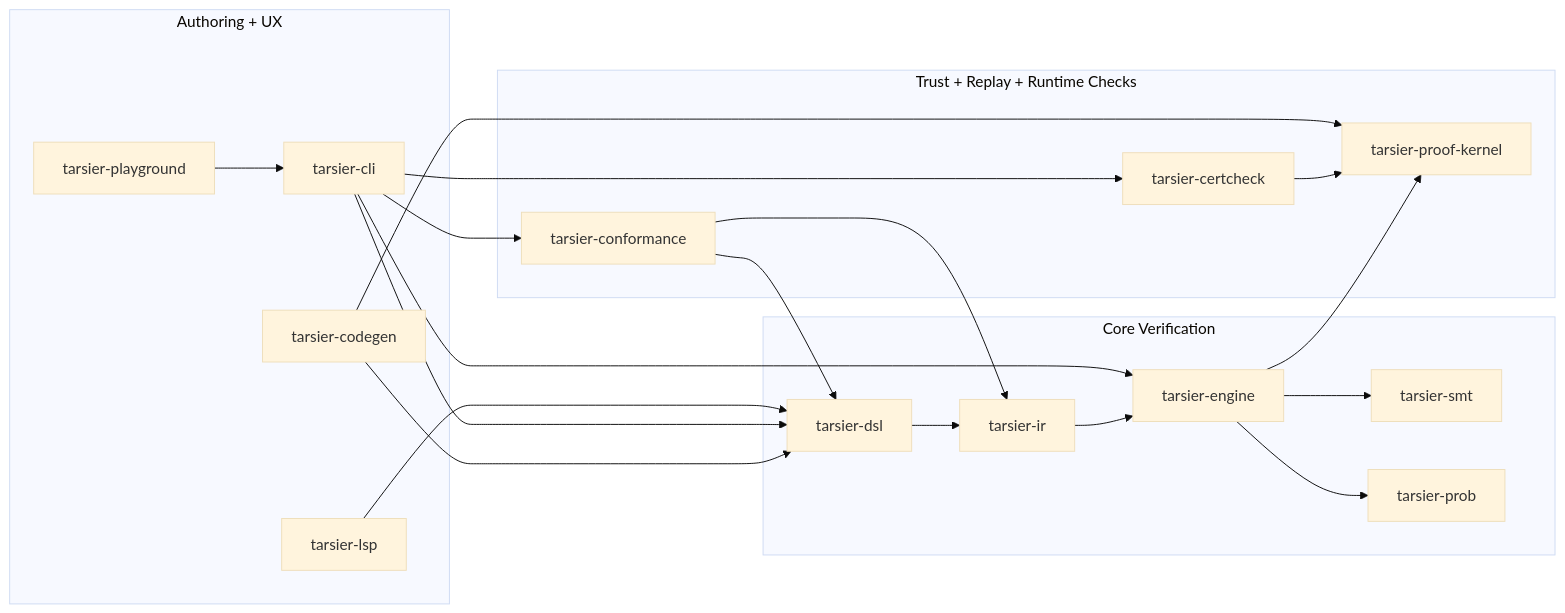
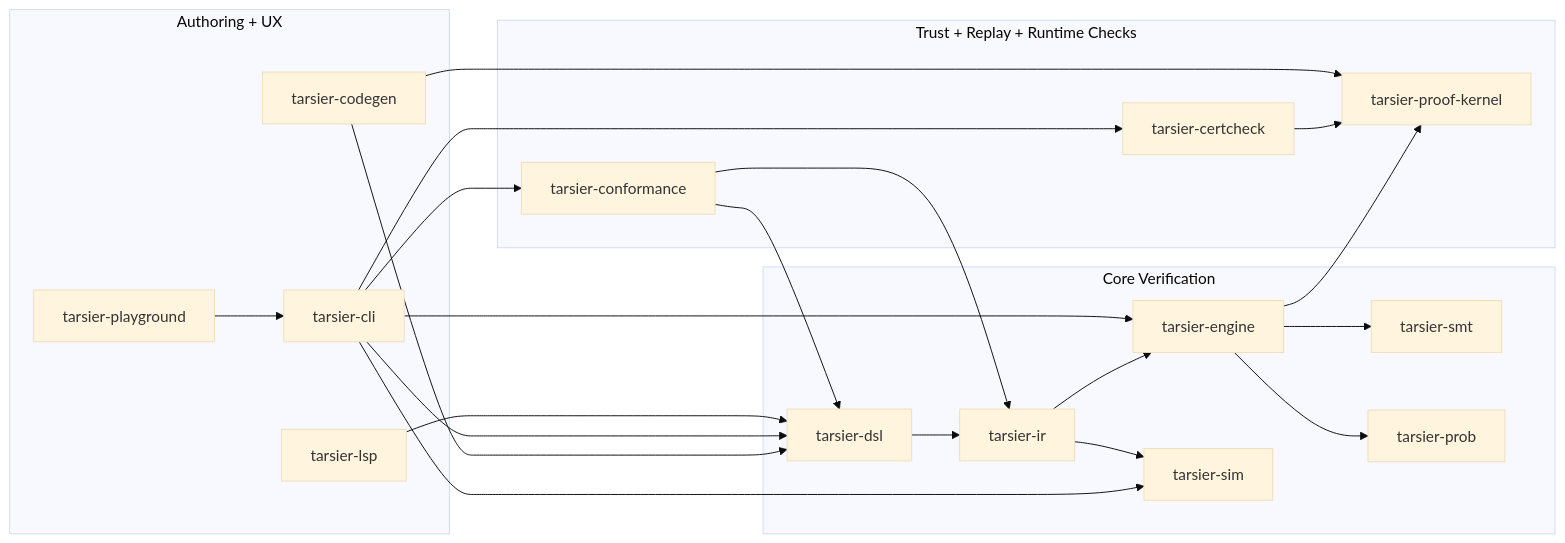
Before and after one commit to yaksetig/tarsier: the diagram in docs/ARCHITECTURE.md, drawn with Mermaid (base theme). The commit also changed other lines of this file and 14 other files, not shown here.

````diff
--- a/docs/ARCHITECTURE.md
+++ b/docs/ARCHITECTURE.md
@@ -25,42 +26,45 @@
 ```mermaid
 flowchart LR
     subgraph Authoring["Authoring + UX"]
         LSP["tarsier-lsp"]
         CLI["tarsier-cli"]
         PLAY["tarsier-playground"]
         CODEGEN["tarsier-codegen"]
     end
 
     subgraph Core["Core Verification"]
         DSL["tarsier-dsl"]
         IR["tarsier-ir"]
         ENGINE["tarsier-engine"]
         SMT["tarsier-smt"]
         PROB["tarsier-prob"]
+        SIM["tarsier-sim"]
     end
 
     subgraph Trust["Trust + Replay + Runtime Checks"]
         KERNEL["tarsier-proof-kernel"]
         CERTCHECK["tarsier-certcheck"]
         CONF["tarsier-conformance"]
     end
 
     LSP --> DSL
     CLI --> DSL
     CLI --> ENGINE
     PLAY --> CLI
     CODEGEN --> DSL
     CODEGEN --> KERNEL
 
     DSL --> IR
     IR --> ENGINE
+    IR --> SIM
     ENGINE --> SMT
     ENGINE --> PROB
     ENGINE --> KERNEL
+    CLI --> SIM
 
     CERTCHECK --> KERNEL
     CONF --> DSL
     CONF --> IR
     CLI --> CONF
     CLI --> CERTCHECK
 ```
````
